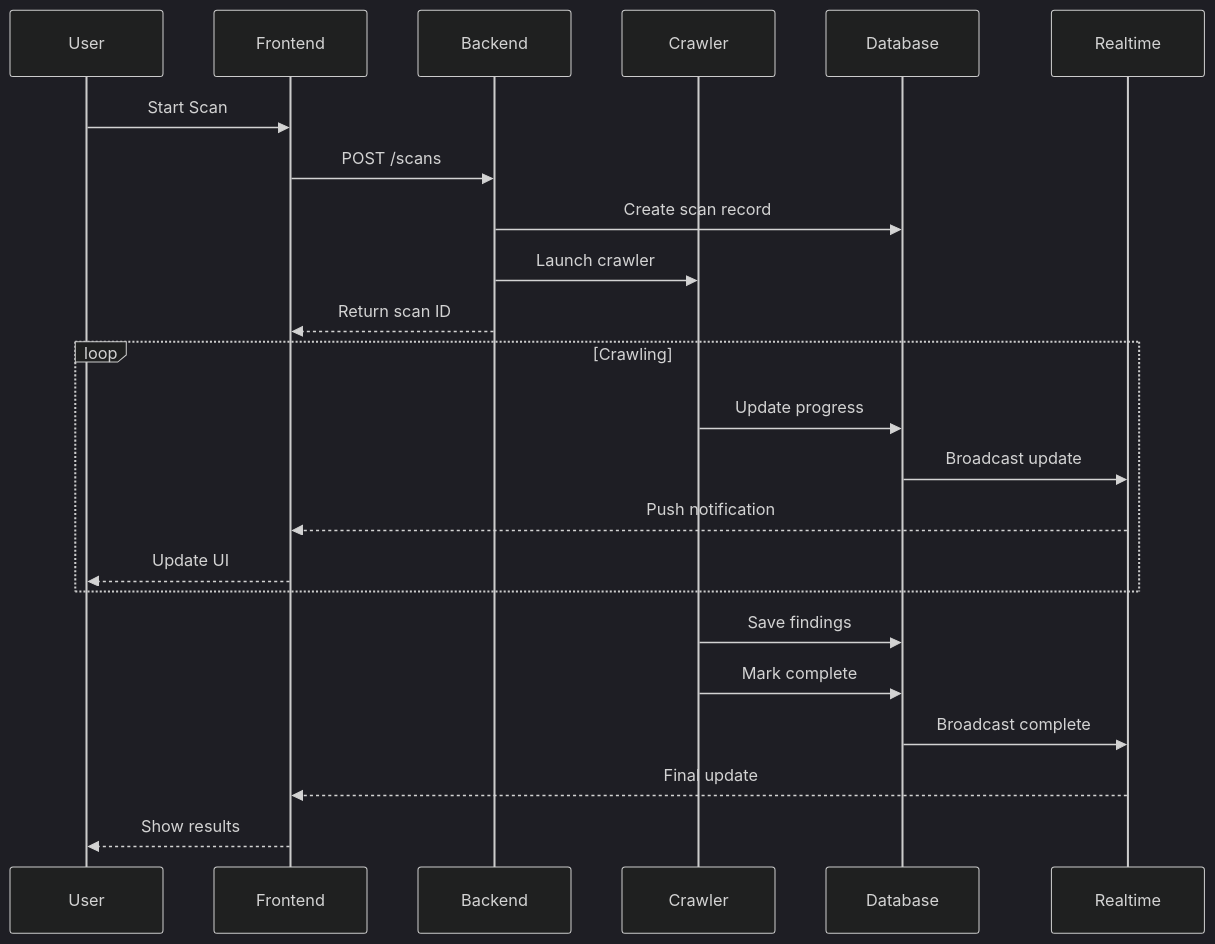
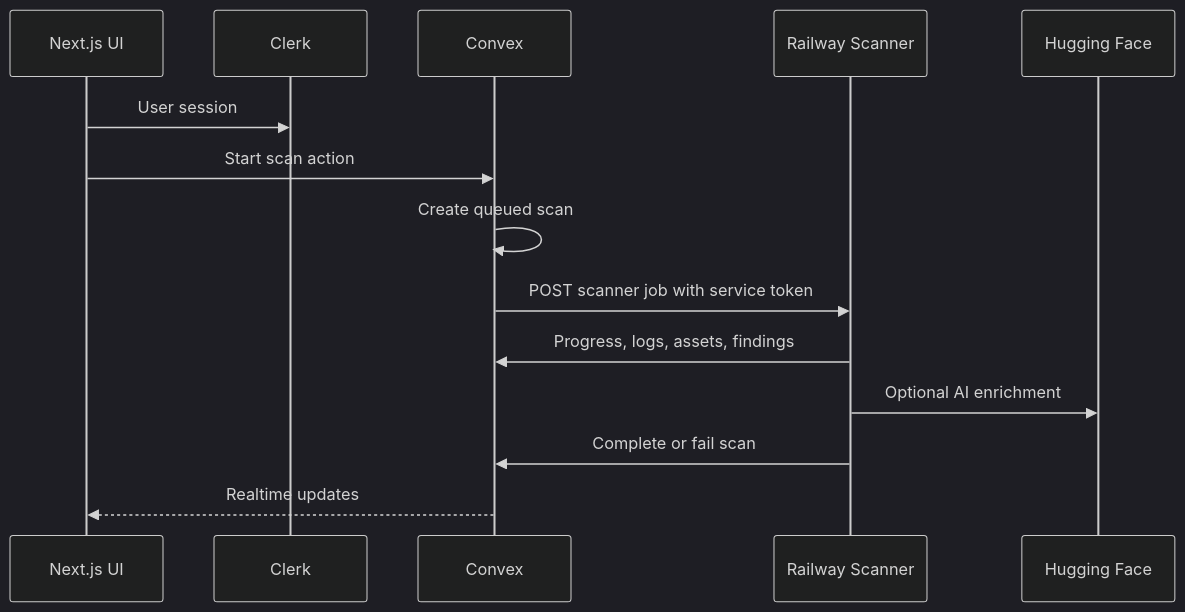
Before and after one commit to krishna0605/vulnscanner: the second of 2 diagrams in README.md, drawn with Mermaid (dark theme). The commit also changed other lines of this file and 143 other files, not shown here.

````diff
--- a/README.md
+++ b/README.md
@@ -276,28 +30,17 @@
 ```mermaid
 sequenceDiagram
-    participant U as User
-    participant F as Frontend
-    participant B as Backend
-    participant C as Crawler
-    participant D as Database
-    participant R as Realtime
-    
-    U->>F: Start Scan
-    F->>B: POST /scans
-    B->>D: Create scan record
-    B->>C: Launch crawler
-    B-->>F: Return scan ID
-    
-    loop Crawling
-        C->>D: Update progress
-        D->>R: Broadcast update
-        R-->>F: Push notification
-        F-->>U: Update UI
-    end
-    
-    C->>D: Save findings
-    C->>D: Mark complete
-    D->>R: Broadcast complete
-    R-->>F: Final update
-    F-->>U: Show results
+  participant UI as Next.js UI
+  participant Clerk as Clerk
+  participant Convex as Convex
+  participant Railway as Railway Scanner
+  participant HF as Hugging Face
+
+  UI->>Clerk: User session
+  UI->>Convex: Start scan action
+  Convex->>Convex: Create queued scan
+  Convex->>Railway: POST scanner job with service token
+  Railway->>Convex: Progress, logs, assets, findings
+  Railway->>HF: Optional AI enrichment
+  Railway->>Convex: Complete or fail scan
+  Convex-->>UI: Realtime updates
 ```
````
